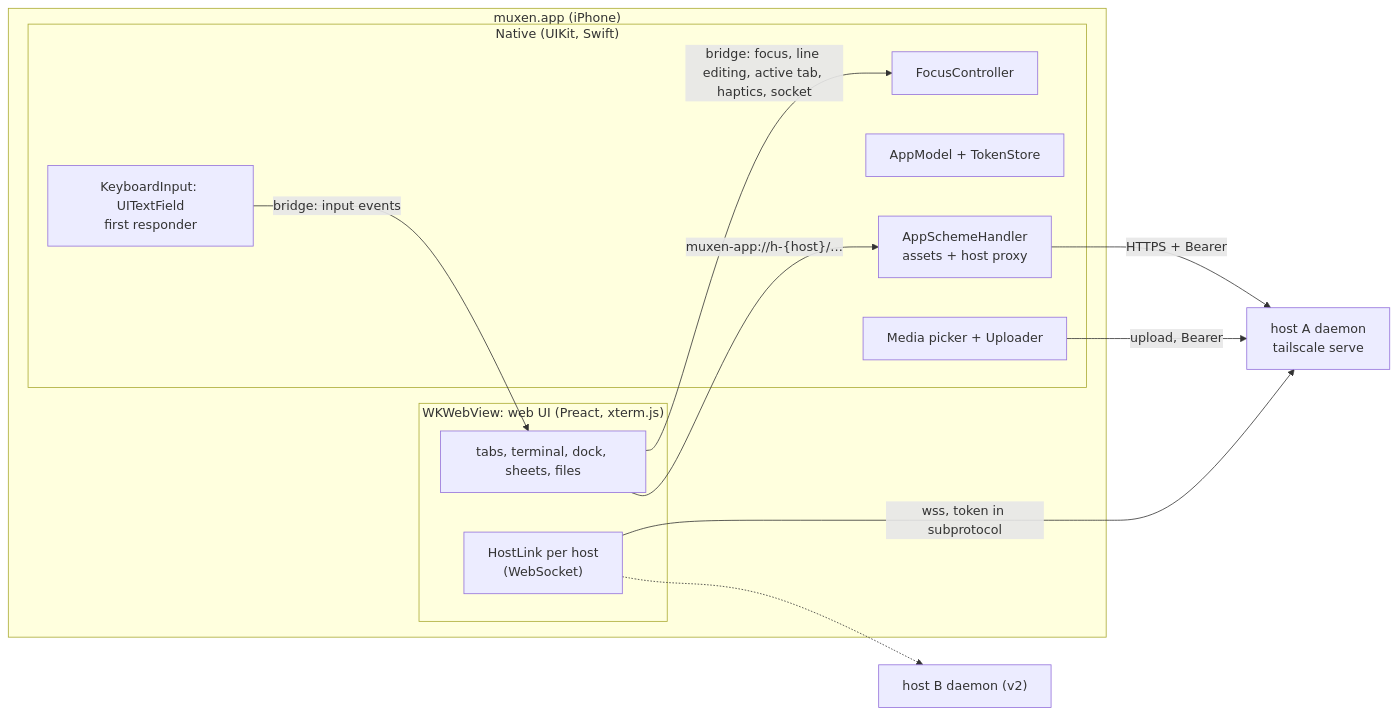
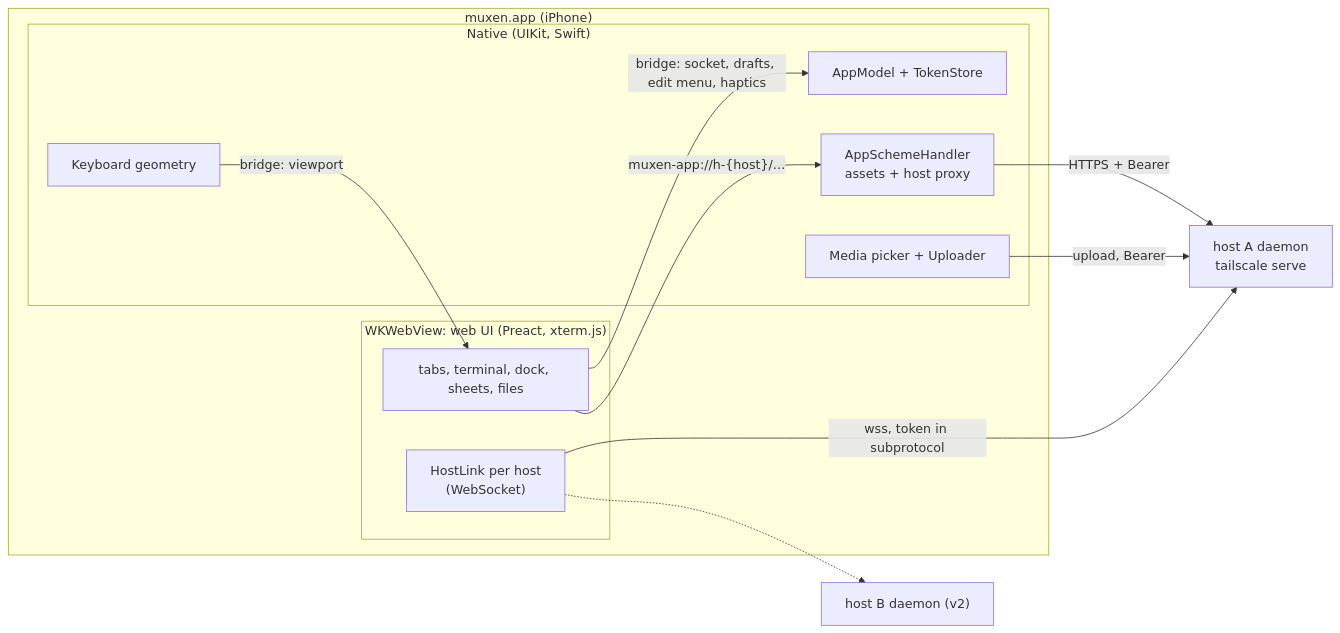
One commit to haowjy/muxen changed the diagram in docs/design/ios-shell.md. Above: the diagram before and after it, drawn with Mermaid. The commit also changed other lines of this file and 48 other files, not shown here.

First line of the commit message:
Delete native input: the page's text boxes are the app's only keyboard

````diff
--- a/docs/design/ios-shell.md
+++ b/docs/design/ios-shell.md
@@ -23,25 +23,24 @@
 ```mermaid
 flowchart LR
   subgraph app["muxen.app (iPhone)"]
     subgraph native["Native (UIKit, Swift)"]
-      input["KeyboardInput: UITextField<br/>first responder"]
-      focus["FocusController"]
+      geometry["Keyboard geometry"]
       auth["AppModel + TokenStore"]
       scheme["AppSchemeHandler<br/>assets + host proxy"]
       media["Media picker + Uploader"]
     end
     subgraph web["WKWebView: web UI (Preact, xterm.js)"]
       ui["tabs, terminal, dock, sheets, files"]
       link["HostLink per host<br/>(WebSocket)"]
     end
   end
   h1["host A daemon<br/>tailscale serve"]
   h2["host B daemon (v2)"]
-  input -- "bridge: input events" --> ui
-  ui -- "bridge: focus, line editing, active tab, haptics, socket" --> focus
+  geometry -- "bridge: viewport" --> ui
+  ui -- "bridge: socket, drafts, edit menu, haptics" --> auth
   ui -- "muxen-app://h-{host}/…" --> scheme
   scheme -- "HTTPS + Bearer" --> h1
   media -- "upload, Bearer" --> h1
   link -- "wss, token in subprotocol" --> h1
   link -.-> h2
 ```
````
